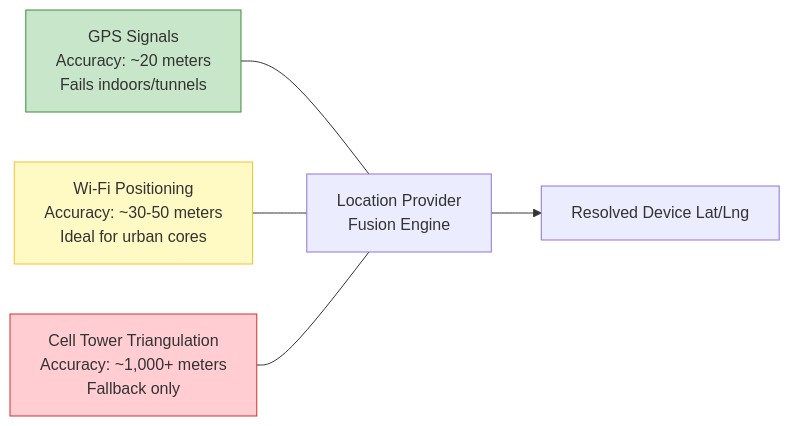
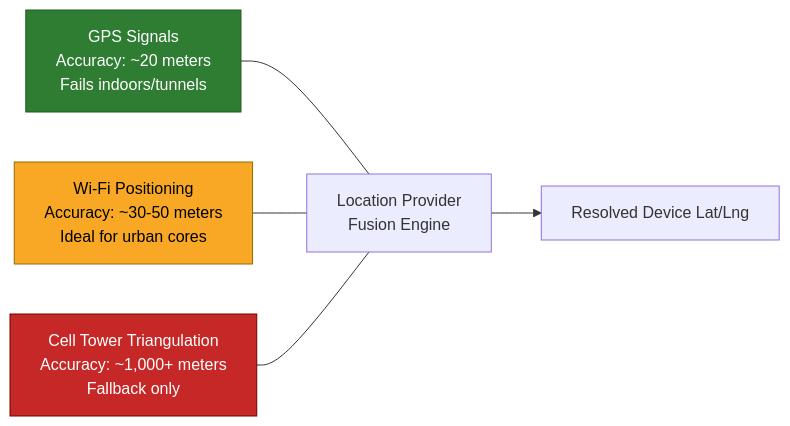
One commit to riyaz-pasha/Learnings changed the third of 27 diagrams in system-design/HLD/0-course/28-Design Google Maps-FAANG-Guide.md. Above: the diagram before and after it, drawn with Mermaid. The commit also changed other lines of this file and 1 other file, not shown here.

First line of the commit message:
[HLD] Make Google Maps guide mermaid diagram colors theme-safe

````diff
--- a/system-design/HLD/0-course/28-Design Google Maps-FAANG-Guide.md
+++ b/system-design/HLD/0-course/28-Design Google Maps-FAANG-Guide.md
@@ -133,12 +133,12 @@
 ```mermaid
 flowchart LR
     GPS["GPS Signals<br/>Accuracy: ~20 meters<br/>Fails indoors/tunnels"] --- SensorFusion["Location Provider<br/>Fusion Engine"]
     WiFi["Wi-Fi Positioning<br/>Accuracy: ~30-50 meters<br/>Ideal for urban cores"] --- SensorFusion
     Cellular["Cell Tower Triangulation<br/>Accuracy: ~1,000+ meters<br/>Fallback only"] --- SensorFusion
     
     SensorFusion --> ResolvedCoord["Resolved Device Lat/Lng"]
 
-    style GPS fill:#c8e6c9,stroke:#388e3c
-    style WiFi fill:#fff9c4,stroke:#fbc02d
-    style Cellular fill:#ffcdd2,stroke:#d32f2f
+    style GPS fill:#2e7d32,stroke:#1b5e20,color:#ffffff
+    style WiFi fill:#f9a825,stroke:#8d6e00,color:#000000
+    style Cellular fill:#c62828,stroke:#6e0000,color:#ffffff
 ```
````
